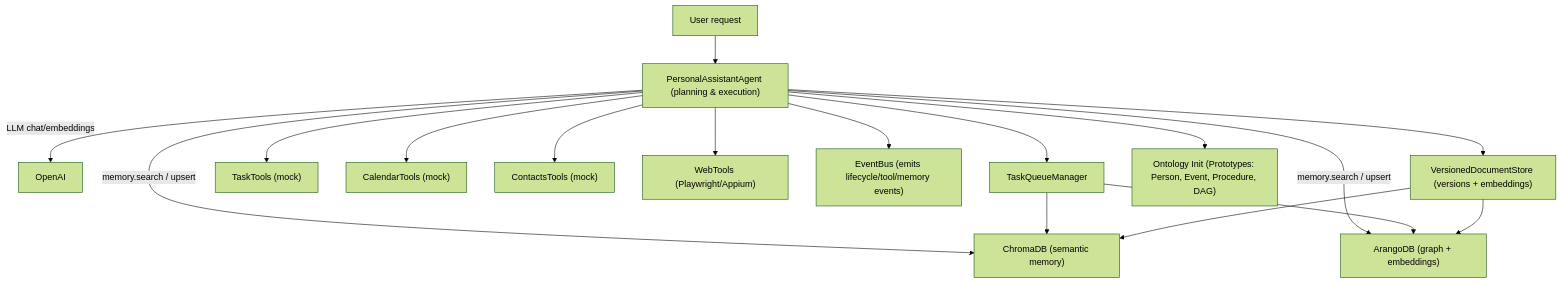
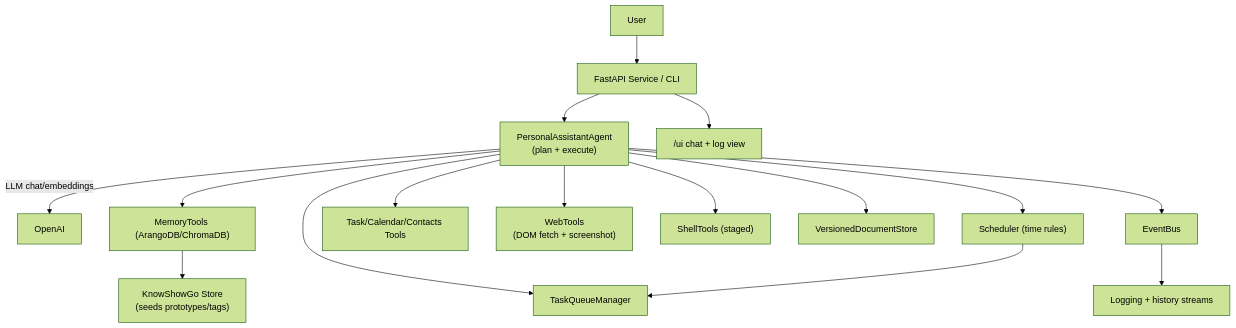
One commit to lehelkovach/osl-agent-prototype changed the diagram in README.md. Above: the diagram before and after it, drawn with Mermaid (forest theme). The commit also changed other lines of this file and 3 other files, not shown here.

````diff
--- a/README.md
+++ b/README.md
@@ -12,19 +13,18 @@
 ```mermaid
 flowchart TB
-    User["User request"] --> Agent
-    Agent["PersonalAssistantAgent (planning & execution)"] -->|LLM chat/embeddings| OpenAI
-    Agent -->|memory.search / upsert| Chroma["ChromaDB (semantic memory)"]
-    Agent -->|memory.search / upsert| Arango["ArangoDB (graph + embeddings)"]
+    User --> Service["FastAPI Service / CLI"]
+    Service --> Agent["PersonalAssistantAgent\n(plan + execute)"]
+    Agent -->|LLM chat/embeddings| OpenAI
+    Agent --> Memory["MemoryTools (ArangoDB/ChromaDB)"]
+    Memory --> KSG["KnowShowGo Store\n(seeds prototypes/tags)"]
     Agent --> Queue["TaskQueueManager"]
-    Agent --> Tasks["TaskTools (mock)"]
-    Agent --> Calendar["CalendarTools (mock)"]
-    Agent --> Contacts["ContactsTools (mock)"]
-    Agent --> Web["WebTools (Playwright/Appium)"]
-    Agent --> Events["EventBus (emits lifecycle/tool/memory events)"]
-    Agent --> VersionedDocs["VersionedDocumentStore (versions + embeddings)"]
-    Agent --> Ontology["Ontology Init (Prototypes: Person, Event, Procedure, DAG)"]
-    Queue --> Chroma
-    Queue --> Arango
-    VersionedDocs --> Chroma
-    VersionedDocs --> Arango
+    Agent --> Scheduler["Scheduler (time rules)"]
+    Scheduler --> Queue
+    Agent --> Tasks["Task/Calendar/Contacts Tools"]
+    Agent --> Web["WebTools\n(DOM fetch + screenshot)"]
+    Agent --> Shell["ShellTools (staged)"]
+    Agent --> Docs["VersionedDocumentStore"]
+    Agent --> Events["EventBus"]
+    Events --> Logs["Logging + history streams"]
+    Service --> UI["/ui chat + log view"]
 ```
````
